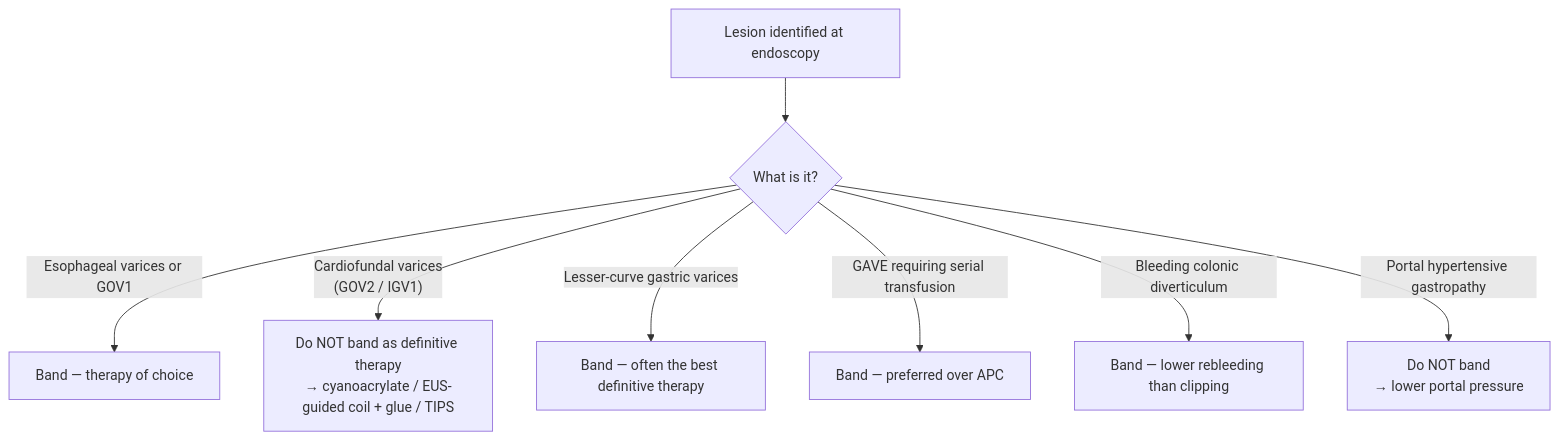
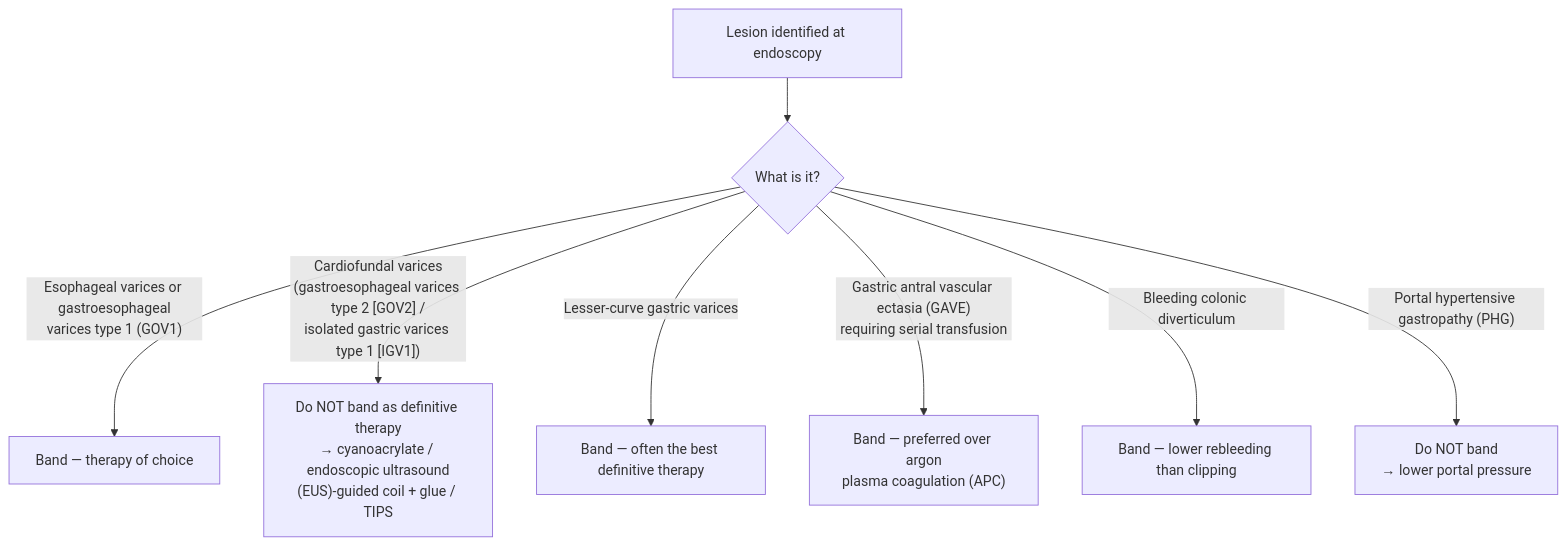
Before and after one commit to KHNickLeMD/KHNL-GI-Wiki: the diagram in KHNL-GI-Wiki/wiki/3-general-gi-procedures/endoscopic-band-ligation.md, drawn with Mermaid. The commit also changed other lines of this file and 14 other files, not shown here.

````diff
--- a/KHNL-GI-Wiki/wiki/3-general-gi-procedures/endoscopic-band-ligation.md
+++ b/KHNL-GI-Wiki/wiki/3-general-gi-procedures/endoscopic-band-ligation.md
@@ -46,10 +46,10 @@
 ```mermaid
 flowchart TD
     A["Lesion identified at endoscopy"] --> B{"What is it?"}
-    B -->|"Esophageal varices or GOV1"| C["Band — therapy of choice"]
-    B -->|"Cardiofundal varices<br/>(GOV2 / IGV1)"| D["Do NOT band as definitive therapy<br/>→ cyanoacrylate / EUS-guided coil + glue / TIPS"]
+    B -->|"Esophageal varices or gastroesophageal<br/>varices type 1 (GOV1)"| C["Band — therapy of choice"]
+    B -->|"Cardiofundal varices<br/>(gastroesophageal varices type 2 [GOV2] /<br/>isolated gastric varices type 1 [IGV1])"| D["Do NOT band as definitive therapy<br/>→ cyanoacrylate / endoscopic ultrasound<br/>(EUS)-guided coil + glue / TIPS"]
     B -->|"Lesser-curve gastric varices"| E["Band — often the best definitive therapy"]
-    B -->|"GAVE requiring serial transfusion"| F["Band — preferred over APC"]
+    B -->|"Gastric antral vascular ectasia (GAVE)<br/>requiring serial transfusion"| F["Band — preferred over argon<br/>plasma coagulation (APC)"]
     B -->|"Bleeding colonic diverticulum"| G["Band — lower rebleeding than clipping"]
-    B -->|"Portal hypertensive gastropathy"| H["Do NOT band<br/>→ lower portal pressure"]
+    B -->|"Portal hypertensive gastropathy (PHG)"| H["Do NOT band<br/>→ lower portal pressure"]
 ```
````
